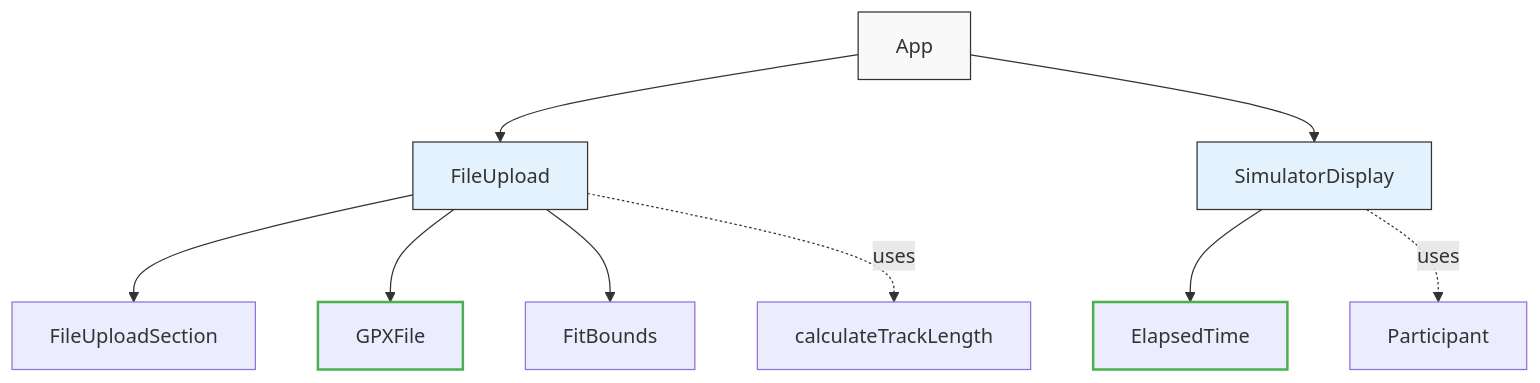
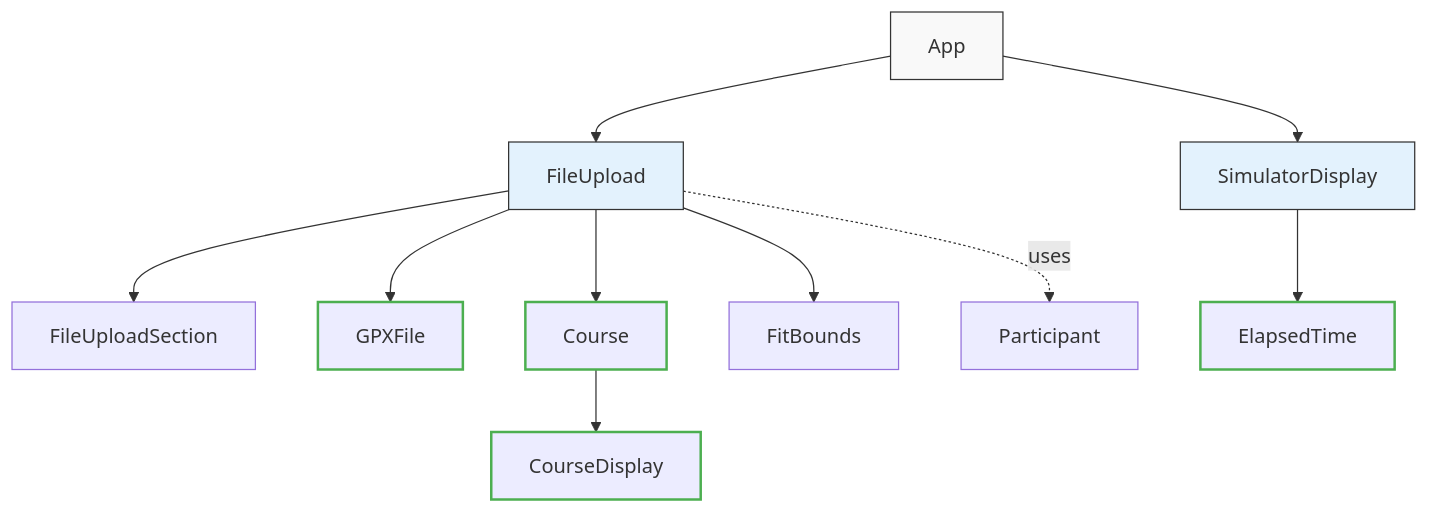
The diagram in README.md (johnsyweb/crashcourse), drawn with Mermaid before and after one commit. The commit also changed other lines of this file and 9 other files, not shown here.

````diff
--- a/README.md
+++ b/README.md
@@ -107,17 +127,20 @@
 ```mermaid
 graph TD
     App[App] --> FU[FileUpload]
     App --> SD[SimulatorDisplay]
     FU --> FUS[FileUploadSection]
     FU --> GPX[GPXFile]
+    FU --> C[Course]
+    C --> CD[CourseDisplay]
     FU --> FB[FitBounds]
     SD --> ET[ElapsedTime]
-    FU -.uses.-> CTL[calculateTrackLength]
-    SD -.uses.-> P[Participant]
-    
+    FU -.uses.-> P[Participant]
+
     style ET stroke:#4CAF50,stroke-width:2px
     style GPX stroke:#4CAF50,stroke-width:2px
+    style C stroke:#4CAF50,stroke-width:2px
+    style CD stroke:#4CAF50,stroke-width:2px
     style App fill:#f9f9f9,stroke:#333,stroke-width:1px
     style FU fill:#e3f2fd,stroke:#333,stroke-width:1px
     style SD fill:#e3f2fd,stroke:#333,stroke-width:1px
 ```
````
